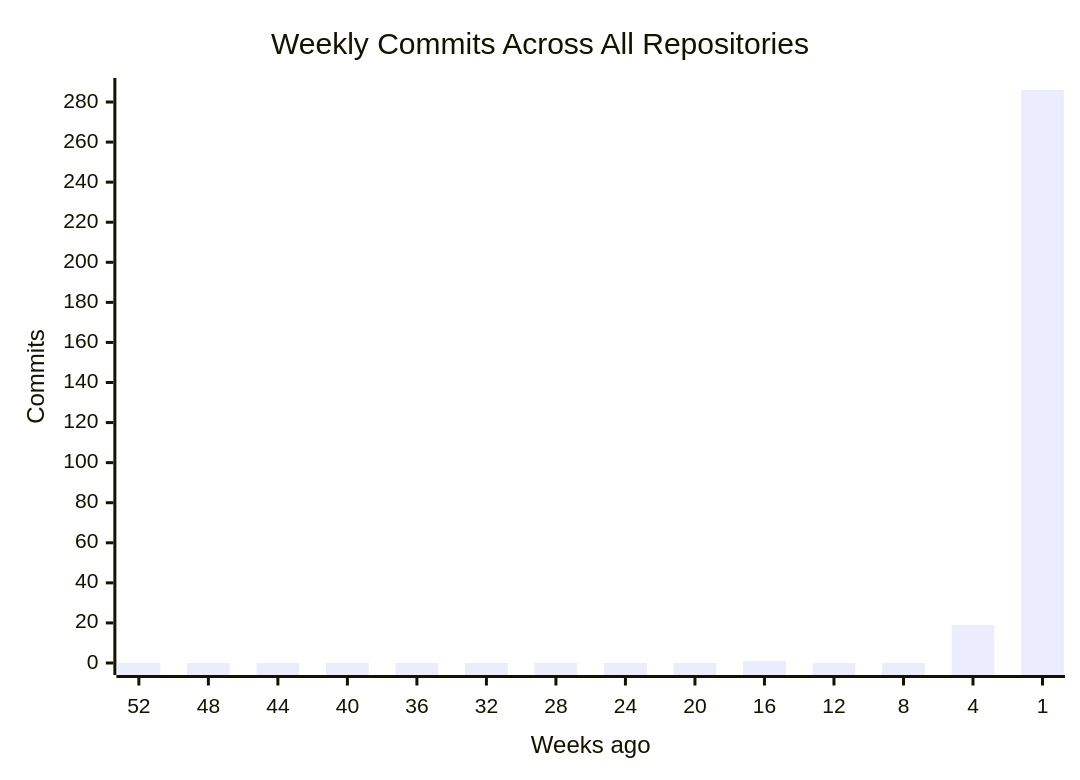
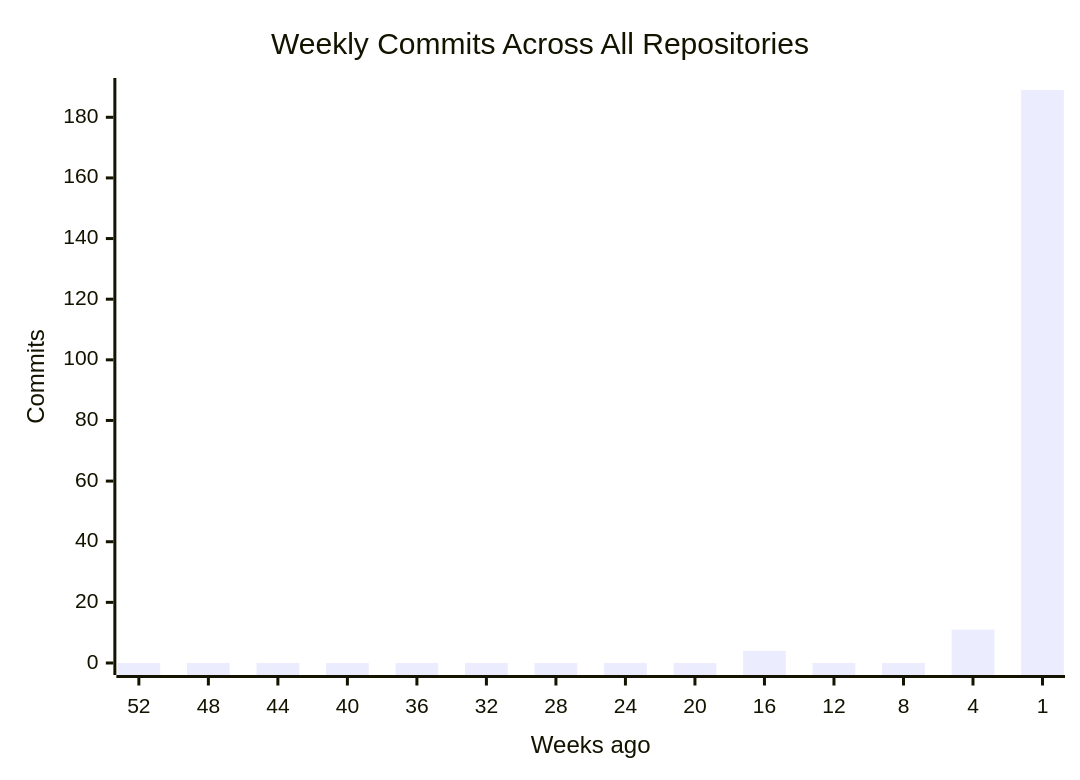
Before and after one commit to CSTH-Projects/.github: the first of 4 diagrams in profile/README.md, drawn with Mermaid. The commit also changed other lines of this file, not shown here.

````diff
--- a/profile/README.md
+++ b/profile/README.md
@@ -16,7 +16,7 @@
 ```mermaid
 xychart-beta
     title "Weekly Commits Across All Repositories"
     x-axis "Weeks ago" [52, 48, 44, 40, 36, 32, 28, 24, 20, 16, 12, 8, 4, 1]
     y-axis "Commits"
-    bar [0, 0, 0, 0, 0, 0, 0, 0, 0, 1, 0, 0, 19, 286]
+    bar [0, 0, 0, 0, 0, 0, 0, 0, 0, 4, 0, 0, 11, 189]
 ```
````
